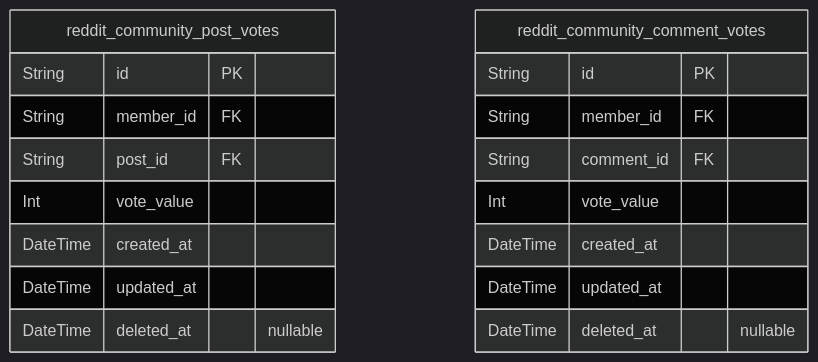
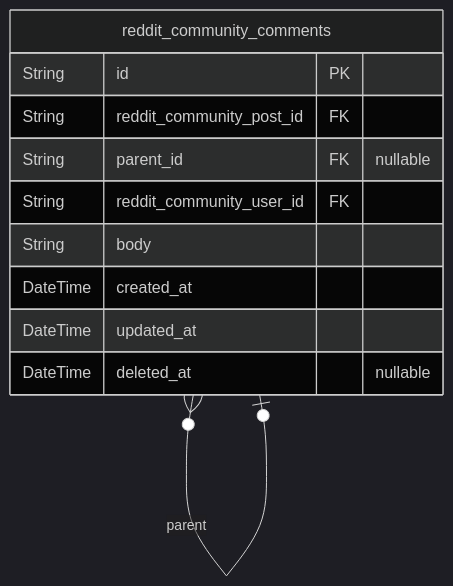
The fifth of 8 diagrams in openai/gpt-4.1-mini/reddit/docs/ERD.md (wrtnlabs/autobe-examples), drawn with Mermaid (dark theme) before and after one commit. The commit also changed other lines of this file and 16146 other files, not shown here.

````diff
--- a/openai/gpt-4.1-mini/reddit/docs/ERD.md
+++ b/openai/gpt-4.1-mini/reddit/docs/ERD.md
@@ -234,21 +419,14 @@
 ```mermaid
 erDiagram
-"reddit_community_post_votes" {
+"reddit_community_comments" {
   String id PK
-  String member_id FK
-  String post_id FK
-  Int vote_value
+  String reddit_community_post_id FK
+  String parent_id FK "nullable"
+  String reddit_community_user_id FK
+  String body
   DateTime created_at
   DateTime updated_at
   DateTime deleted_at "nullable"
 }
-"reddit_community_comment_votes" {
-  String id PK
-  String member_id FK
-  String comment_id FK
-  Int vote_value
-  DateTime created_at
-  DateTime updated_at
-  DateTime deleted_at "nullable"
-}
+"reddit_community_comments" }o--o| "reddit_community_comments" : parent
 ```
````
